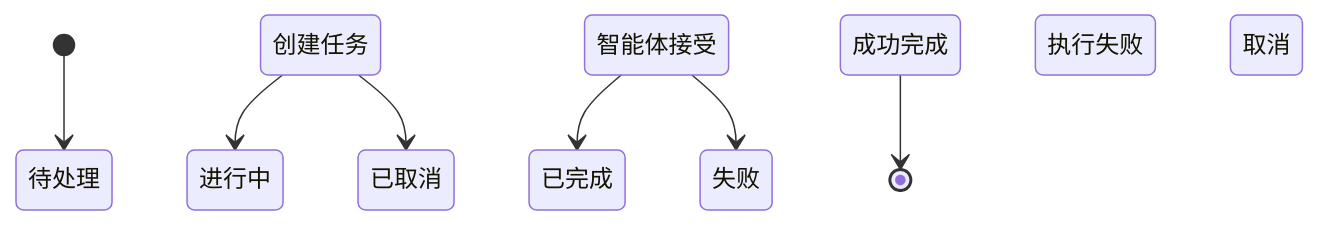
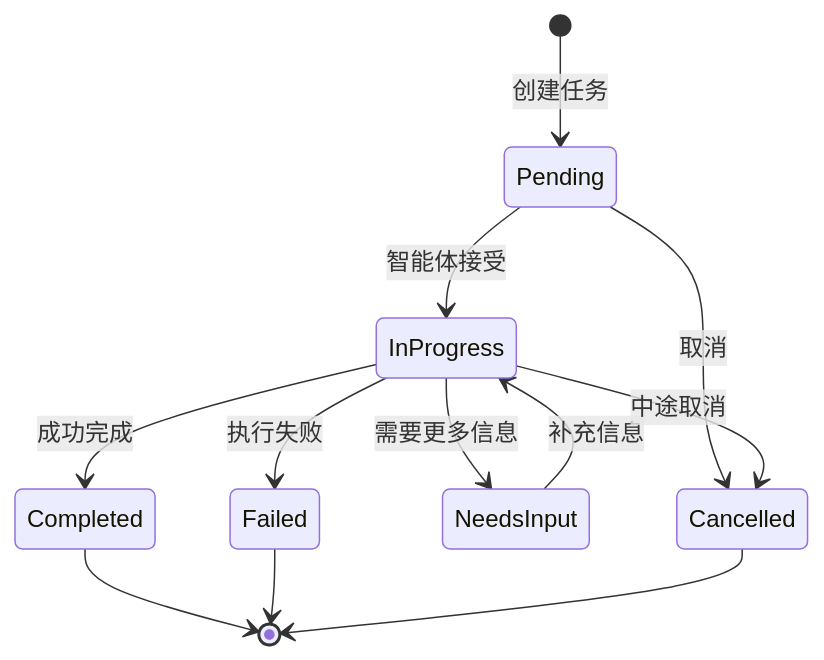
One commit to yeasy/agentic_ai_guide changed the second of 3 diagrams in 06_communication/6.5_a2a.md. Above: the diagram before and after it, drawn with Mermaid. The commit also changed other lines of this file and 34 other files, not shown here.

````diff
--- a/06_communication/6.5_a2a.md
+++ b/06_communication/6.5_a2a.md
@@ -76,9 +206,14 @@
 ```mermaid
 stateDiagram-v2
-    [*] --> 待处理 (Pending): 创建任务
-    待处理 (Pending) --> 进行中 (InProgress): 智能体接受
-    进行中 (InProgress) --> 已完成 (Completed): 成功完成
-    进行中 (InProgress) --> 失败 (Failed): 执行失败
-    待处理 (Pending) --> 已取消 (Cancelled): 取消
-    已完成 (Completed) --> [*]
+    [*] --> Pending: 创建任务
+    Pending --> InProgress: 智能体接受
+    InProgress --> Completed: 成功完成
+    InProgress --> Failed: 执行失败
+    InProgress --> NeedsInput: 需要更多信息
+    NeedsInput --> InProgress: 补充信息
+    Pending --> Cancelled: 取消
+    InProgress --> Cancelled: 中途取消
+    Completed --> [*]
+    Failed --> [*]
+    Cancelled --> [*]
 ```
````
